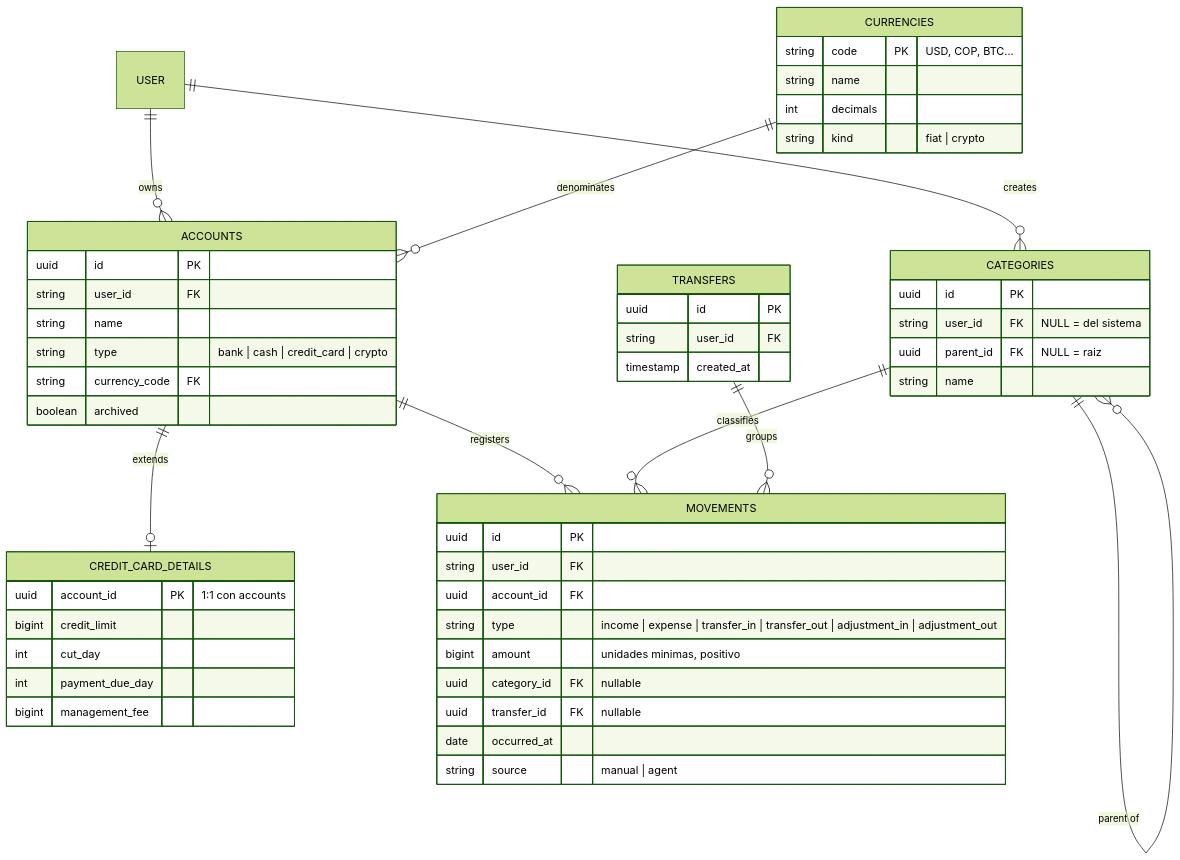
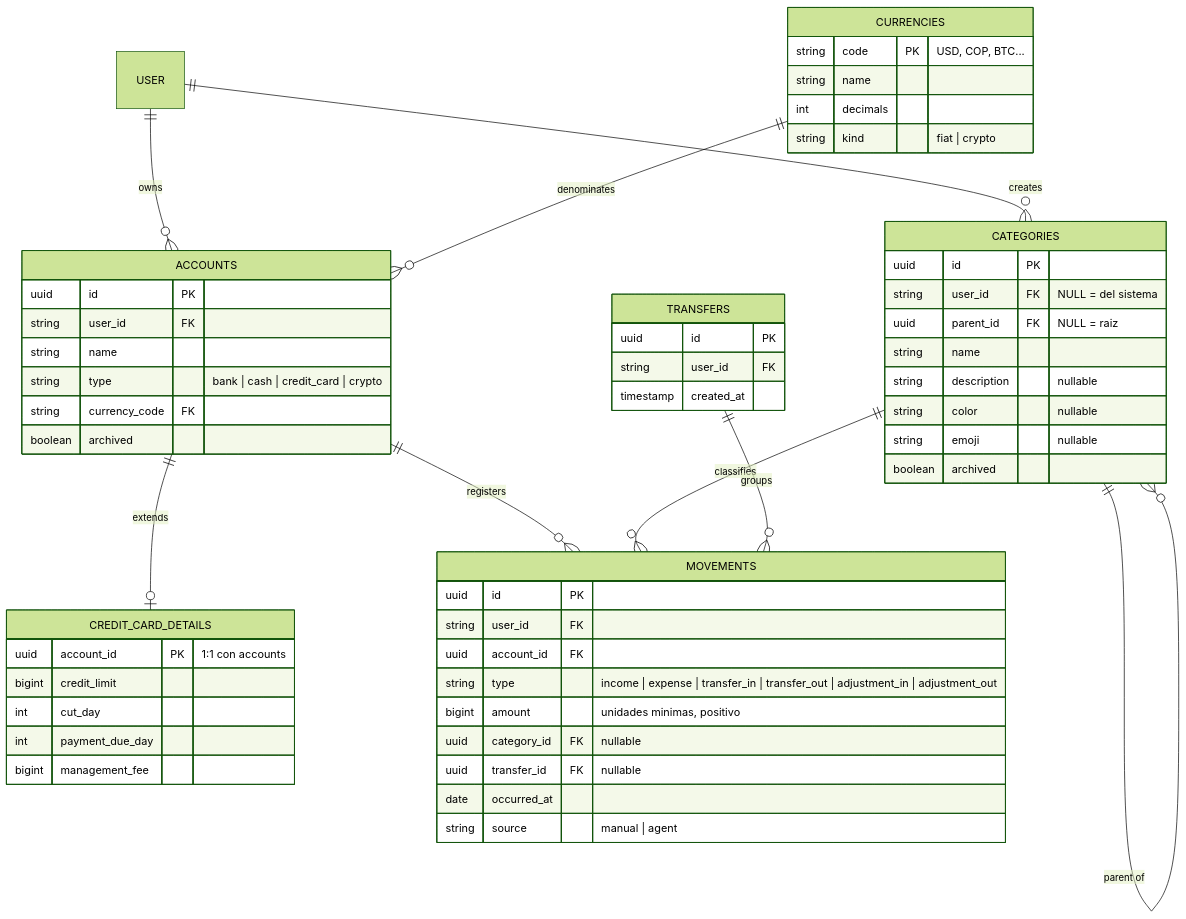
Before and after one commit to esrichardd/bot-finanzas: the diagram in docs/DATABASE.md, drawn with Mermaid (forest theme). The commit also changed other lines of this file and 1 other file, not shown here.

Commit message:
docs(categories): complete SPEC-010 and update database decisions

````diff
--- a/docs/DATABASE.md
+++ b/docs/DATABASE.md
@@ -63,54 +63,58 @@
 ```mermaid
 erDiagram
   USER ||--o{ ACCOUNTS : owns
   USER ||--o{ CATEGORIES : creates
   CURRENCIES ||--o{ ACCOUNTS : denominates
   ACCOUNTS ||--o| CREDIT_CARD_DETAILS : extends
   ACCOUNTS ||--o{ MOVEMENTS : registers
   CATEGORIES ||--o{ MOVEMENTS : classifies
   CATEGORIES ||--o{ CATEGORIES : "parent of"
   TRANSFERS ||--o{ MOVEMENTS : groups
   CURRENCIES {
     string code PK "USD, COP, BTC..."
     string name
     int decimals
     string kind "fiat | crypto"
   }
   ACCOUNTS {
     uuid id PK
     string user_id FK
     string name
     string type "bank | cash | credit_card | crypto"
     string currency_code FK
     boolean archived
   }
   CREDIT_CARD_DETAILS {
     uuid account_id PK "1:1 con accounts"
     bigint credit_limit
     int cut_day
     int payment_due_day
     bigint management_fee
   }
   CATEGORIES {
     uuid id PK
     string user_id FK "NULL = del sistema"
     uuid parent_id FK "NULL = raiz"
     string name
+    string description "nullable"
+    string color "nullable"
+    string emoji "nullable"
+    boolean archived
   }
   MOVEMENTS {
     uuid id PK
     string user_id FK
     uuid account_id FK
     string type "income | expense | transfer_in | transfer_out | adjustment_in | adjustment_out"
     bigint amount "unidades minimas, positivo"
     uuid category_id FK "nullable"
     uuid transfer_id FK "nullable"
     date occurred_at
     string source "manual | agent"
   }
   TRANSFERS {
     uuid id PK
     string user_id FK
     timestamp created_at
   }
 ```
````
